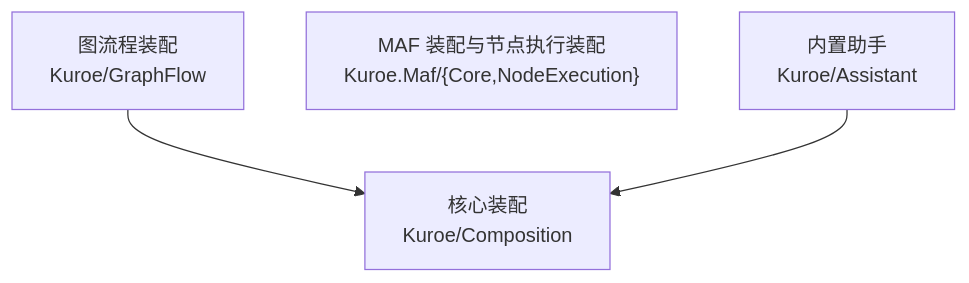
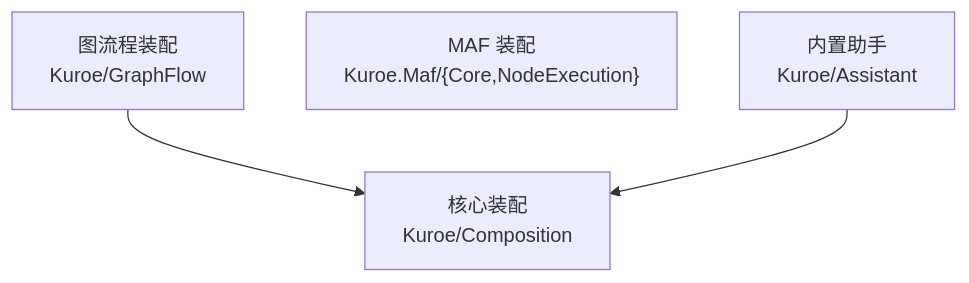
The diagram in docs/dev/architecture/functional-boundary/assembly/index.md (DrMelt/Kuroe), drawn with Mermaid before and after one commit. The commit also changed other lines of this file and 14 other files, not shown here.

````diff
--- a/docs/dev/architecture/functional-boundary/assembly/index.md
+++ b/docs/dev/architecture/functional-boundary/assembly/index.md
@@ -5,9 +5,9 @@
 ```mermaid
 flowchart TD
     Composition["核心装配<br>Kuroe/Composition"]
     GraphFlow["图流程装配<br>Kuroe/GraphFlow"]
-    Maf["MAF 装配与节点执行装配<br>Kuroe.Maf/{Core,NodeExecution}"]
+    Maf["MAF 装配<br>Kuroe.Maf/{Core,NodeExecution}"]
     Assistant["内置助手<br>Kuroe/Assistant"]
     GraphFlow --> Composition
     Assistant --> Composition
 ```
````
